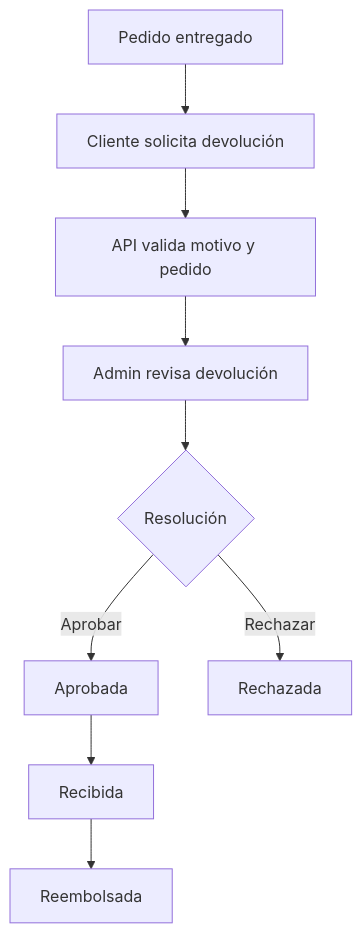
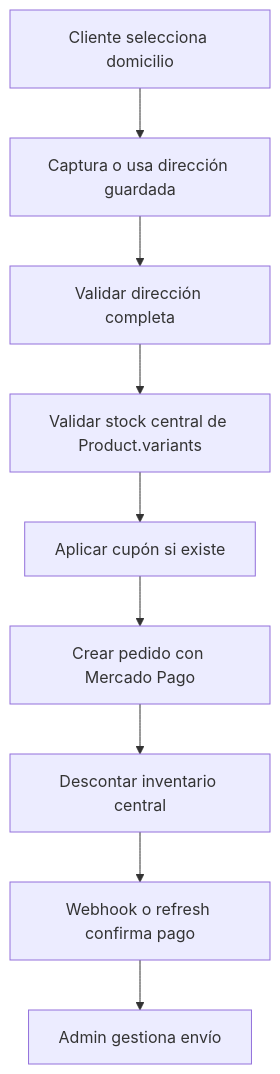
Before and after one commit to IvanNario/gymverse: the sixth of 9 diagrams in documentacion/03_diagramas.md, drawn with Mermaid. The commit also changed other lines of this file and 23 other files, not shown here.

````diff
--- a/documentacion/03_diagramas.md
+++ b/documentacion/03_diagramas.md
@@ -63,11 +92,11 @@
 ```mermaid
 flowchart TD
-    A["Pedido entregado"] --> B["Cliente solicita devolución"]
-    B --> C["API valida motivo y pedido"]
-    C --> D["Admin revisa devolución"]
-    D --> E{"Resolución"}
-    E -->|Aprobar| F["Aprobada"]
-    E -->|Rechazar| G["Rechazada"]
-    F --> H["Recibida"]
-    H --> I["Reembolsada"]
+  A["Cliente selecciona domicilio"] --> B["Captura o usa dirección guardada"]
+  B --> C["Validar dirección completa"]
+  C --> D["Validar stock central de Product.variants"]
+  D --> E["Aplicar cupón si existe"]
+  E --> F["Crear pedido con Mercado Pago"]
+  F --> G["Descontar inventario central"]
+  G --> H["Webhook o refresh confirma pago"]
+  H --> I["Admin gestiona envío"]
 ```
````
